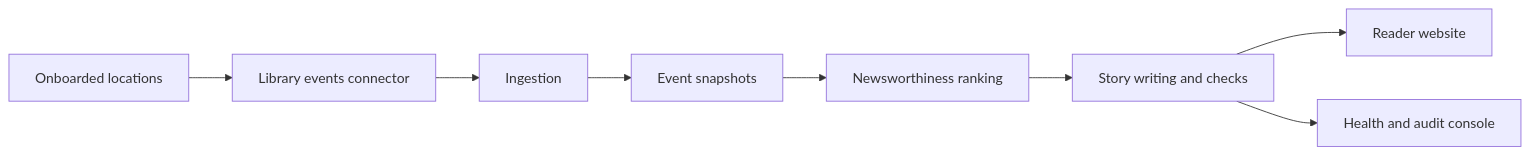
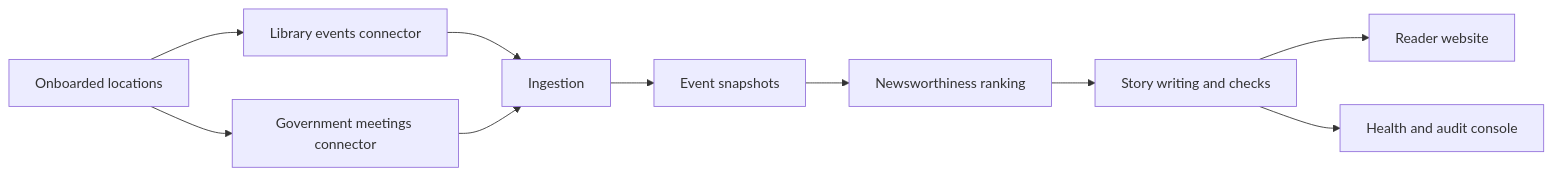
Before and after one commit to vbafnaa/NewsBee: the diagram in README.md, drawn with Mermaid. The commit also changed other lines of this file and 19 other files, not shown here.

First line of the commit message:
Add local government meetings source connector

````diff
--- a/README.md
+++ b/README.md
@@ -7,10 +7,12 @@
 ```mermaid
 flowchart LR
   Locations[Onboarded locations] --> Library[Library events connector]
+  Locations --> Meetings[Government meetings connector]
   Library --> Ingest[Ingestion]
+  Meetings --> Ingest
   Ingest --> Snapshot[Event snapshots]
   Snapshot --> Rank[Newsworthiness ranking]
   Rank --> Write[Story writing and checks]
   Write --> Site[Reader website]
   Write --> Console[Health and audit console]
 ```
````
